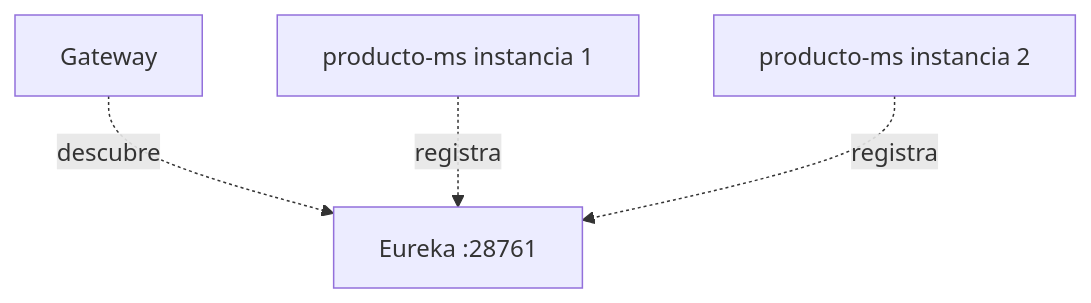
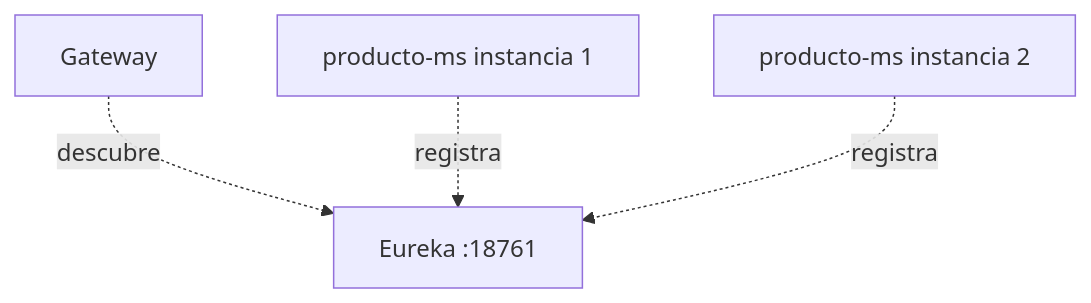
The first of 2 diagrams in docs/sesiones/s03-eureka-descubrimiento.md (erickmijael17/SmartCampus-Marketplace), drawn with Mermaid before and after one commit. The commit also changed other lines of this file and 11 other files, not shown here.

````diff
--- a/docs/sesiones/s03-eureka-descubrimiento.md
+++ b/docs/sesiones/s03-eureka-descubrimiento.md
@@ -46,10 +46,10 @@
 ```mermaid
 flowchart TB
-    EU["Eureka :28761"]
+    EU["Eureka :18761"]
     GW["Gateway"]
     P1["producto-ms instancia 1"]
     P2["producto-ms instancia 2"]
     GW -. descubre .-> EU
     P1 -. registra .-> EU
     P2 -. registra .-> EU
 ```
````
